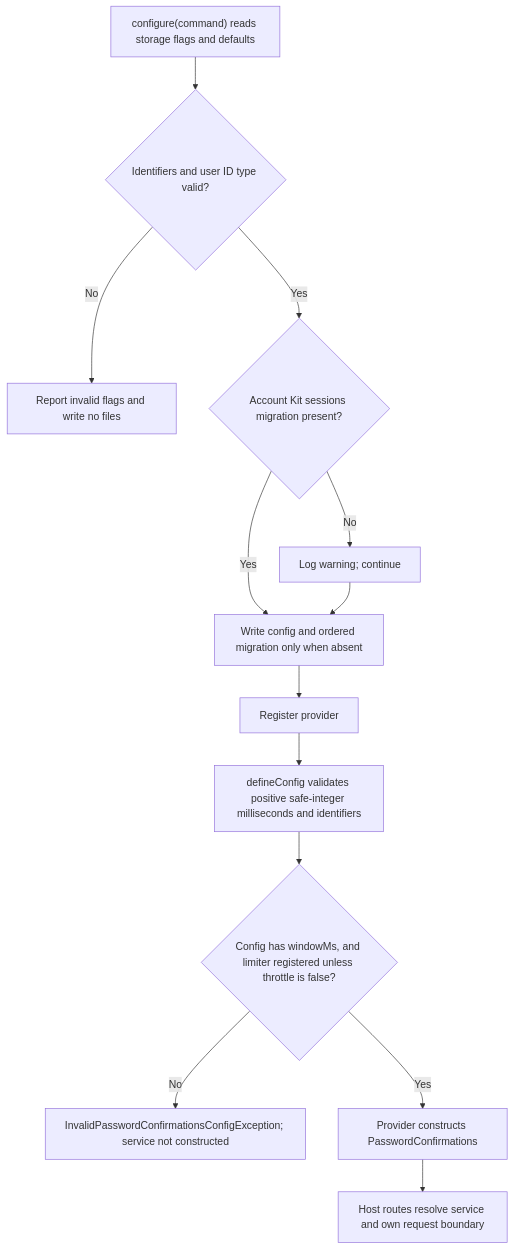
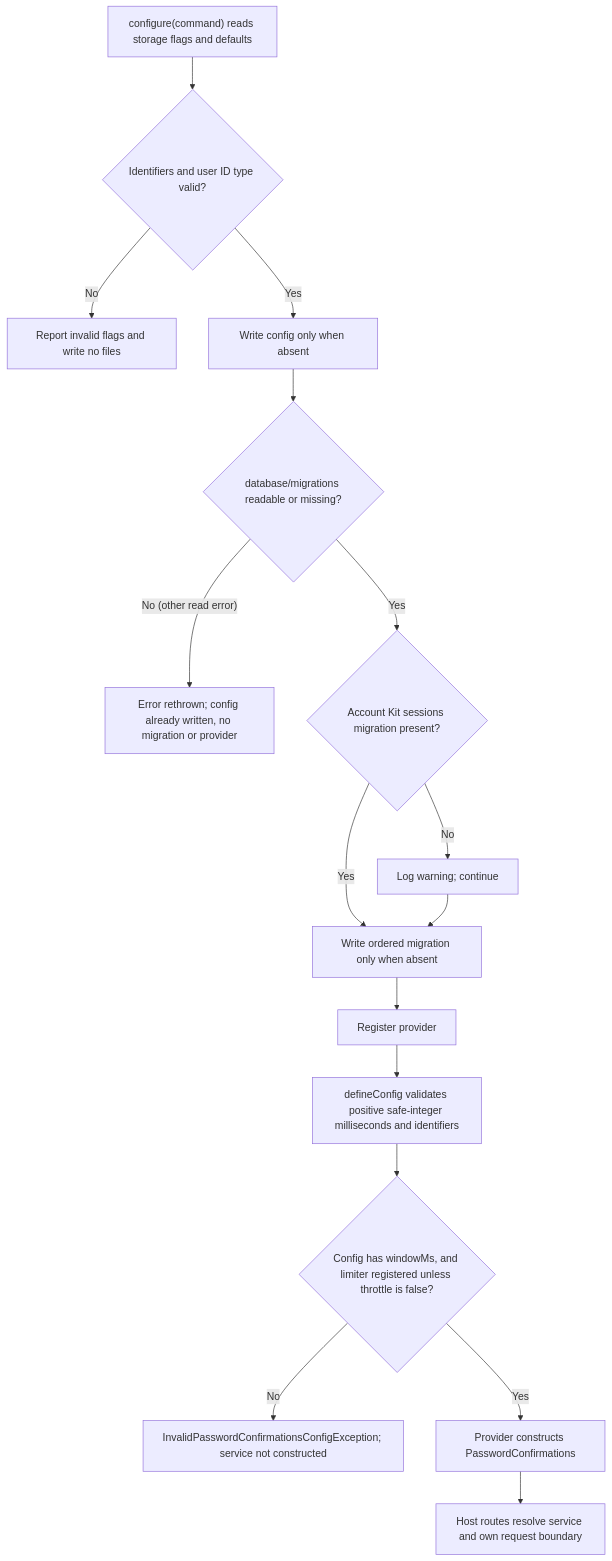
One commit to Kevinjohn/oss-adonisjs-confirm-action-with-password changed the second of 2 diagrams in user-stories/US-CONFIRM-04-configure-confirmations.md. Above: the diagram before and after it, drawn with Mermaid. The commit also changed other lines of this file and 3 other files, not shown here.

````diff
--- a/user-stories/US-CONFIRM-04-configure-confirmations.md
+++ b/user-stories/US-CONFIRM-04-configure-confirmations.md
@@ -51,15 +51,18 @@
 ```mermaid
 flowchart TD
     A["configure(command) reads storage flags and defaults"] --> B{"Identifiers and user ID type valid?"}
     B -->|No| C["Report invalid flags and write no files"]
-    B -->|Yes| B2{"Account Kit sessions migration present?"}
+    B -->|Yes| D["Write config only when absent"]
+    D --> R{"database/migrations readable or missing?"}
+    R -->|"No (other read error)"| R2["Error rethrown; config already written, no migration or provider"]
+    R -->|Yes| B2{"Account Kit sessions migration present?"}
     B2 -->|No| B3["Log warning; continue"]
-    B2 -->|Yes| D["Write config and ordered migration only when absent"]
-    B3 --> D
-    D --> E["Register provider"]
+    B2 -->|Yes| M["Write ordered migration only when absent"]
+    B3 --> M
+    M --> E["Register provider"]
     E --> F["defineConfig validates positive safe-integer milliseconds and identifiers"]
     F --> G{"Config has windowMs, and limiter registered unless throttle is false?"}
     G -->|No| G2["InvalidPasswordConfirmationsConfigException; service not constructed"]
     G -->|Yes| G3["Provider constructs PasswordConfirmations"]
     G3 --> H["Host routes resolve service and own request boundary"]
 ```
````
